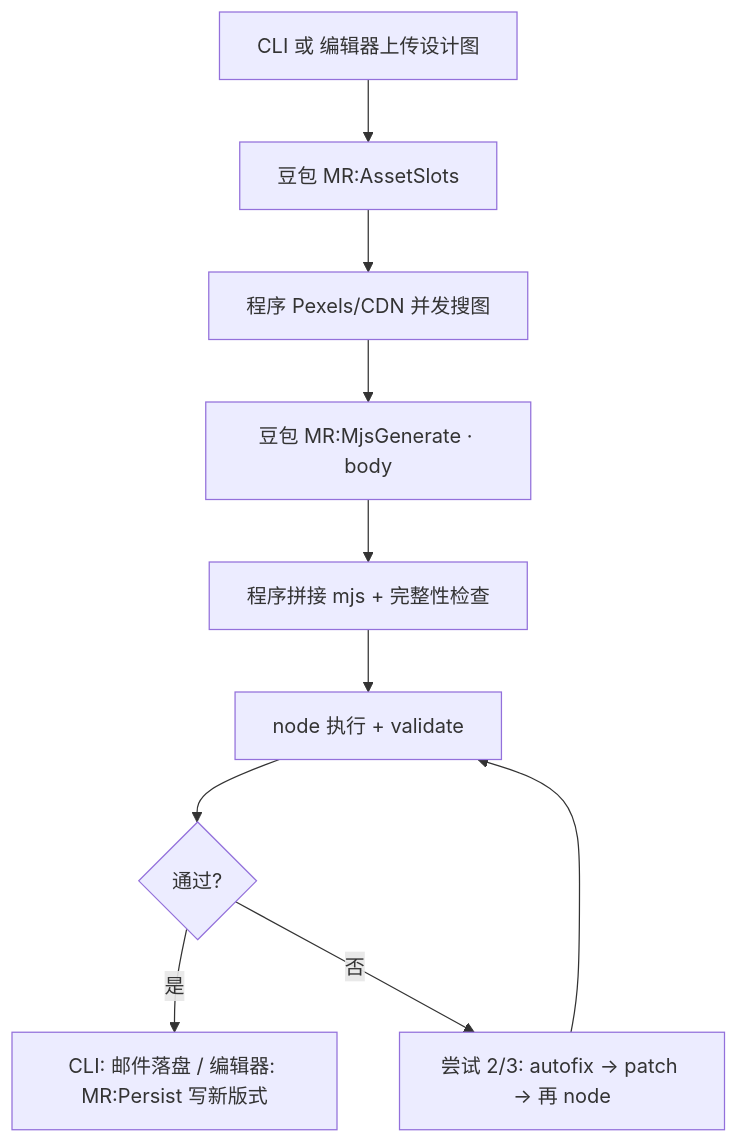
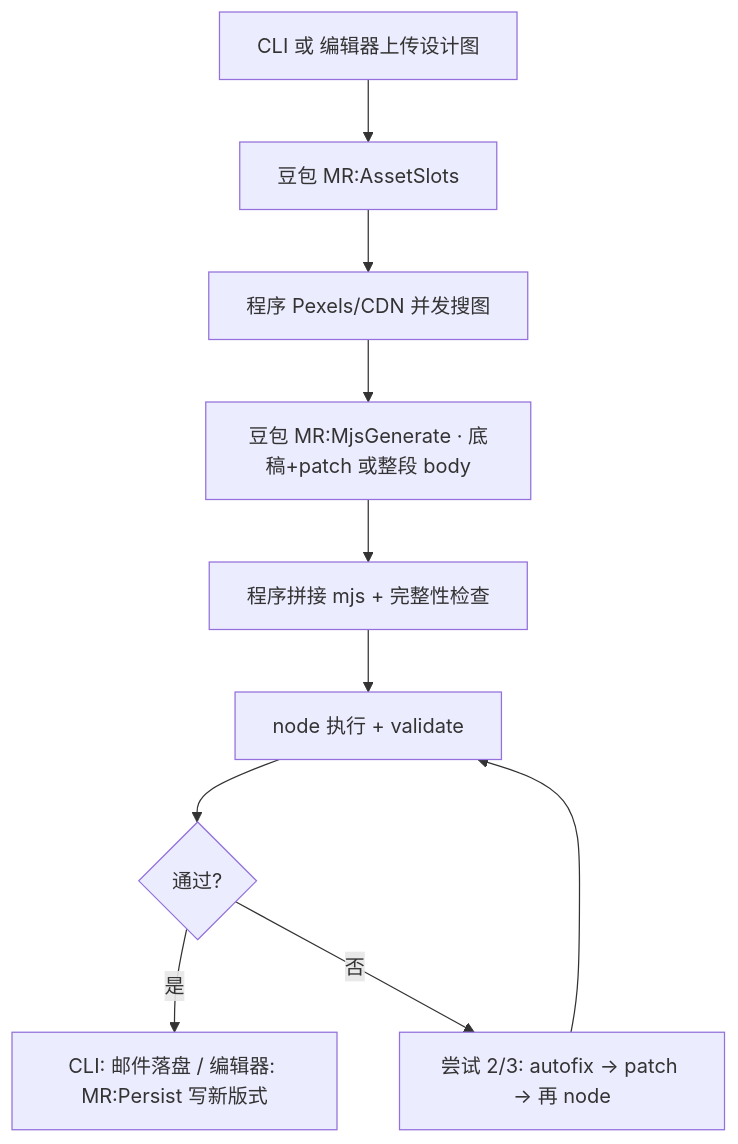
Before and after one commit to q346407440/emailbuilder3.0: the diagram in docs/ai-email-generation-api/豆包手工mjs还原脚本-执行说明.md, drawn with Mermaid. The commit also changed other lines of this file and 40 other files, not shown here.

````diff
--- a/docs/ai-email-generation-api/豆包手工mjs还原脚本-执行说明.md
+++ b/docs/ai-email-generation-api/豆包手工mjs还原脚本-执行说明.md
@@ -104,12 +105,12 @@
 ```mermaid
 flowchart TD
   A[CLI 或 编辑器上传设计图] --> B[豆包 MR:AssetSlots]
   B --> C[程序 Pexels/CDN 并发搜图]
-  C --> D[豆包 MR:MjsGenerate · body]
+  C --> D[豆包 MR:MjsGenerate · 底稿+patch 或整段 body]
   D --> E[程序拼接 mjs + 完整性检查]
   E --> F[node 执行 + validate]
   F --> G{通过?}
   G -->|是| H[CLI: 邮件落盘 / 编辑器: MR:Persist 写新版式]
   G -->|否| I[尝试 2/3: autofix → patch → 再 node]
   I --> F
 ```
````
